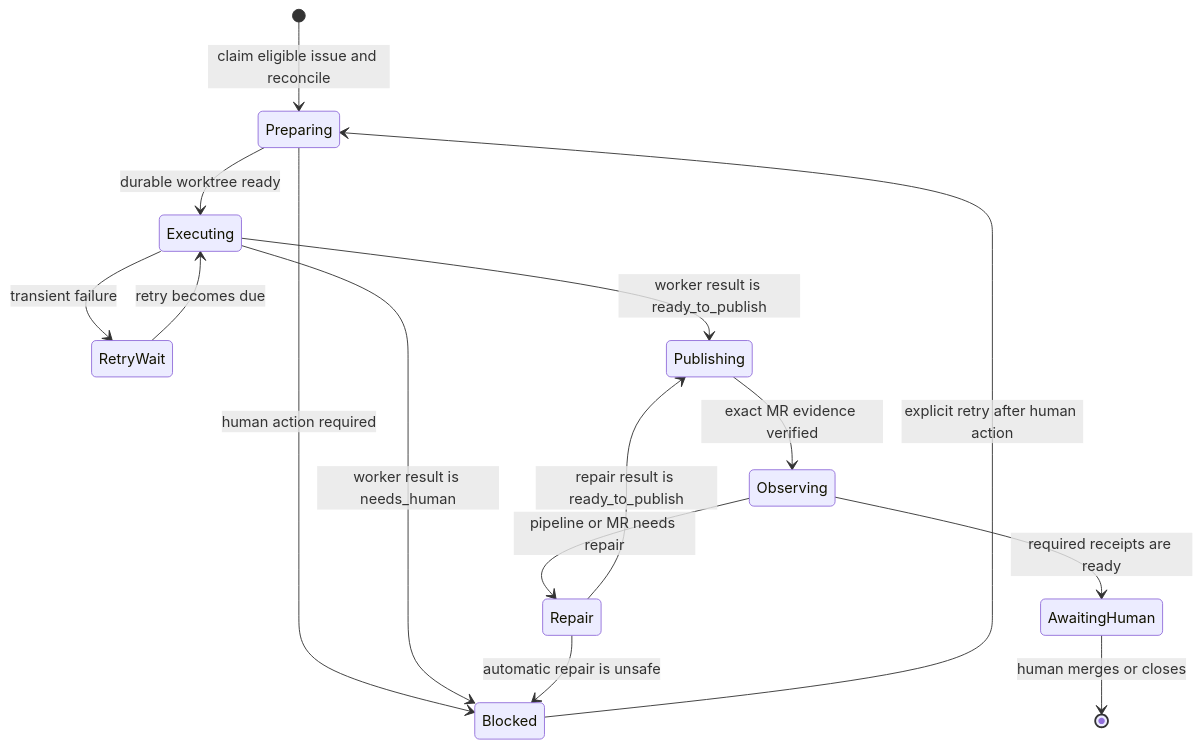
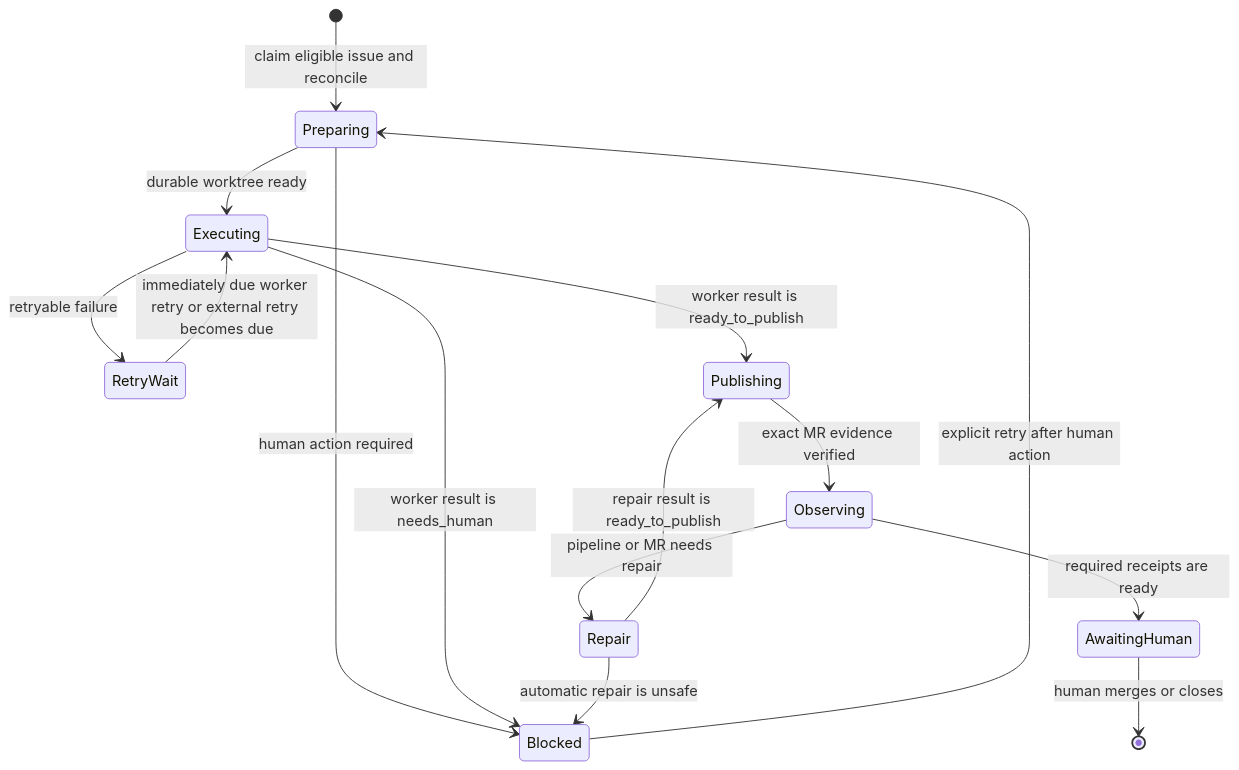
Before and after one commit to dfwguy/nvis-ova-agentic-copier: the diagram in docs/explanation/serial-agent-loop-recovery-design.md, drawn with Mermaid. The commit also changed other lines of this file and 16 other files, not shown here.

````diff
--- a/docs/explanation/serial-agent-loop-recovery-design.md
+++ b/docs/explanation/serial-agent-loop-recovery-design.md
@@ -94,17 +94,17 @@
 ```mermaid
 stateDiagram-v2
     [*] --> Preparing: claim eligible issue and reconcile
     Preparing --> Executing: durable worktree ready
-    Executing --> RetryWait: transient failure
-    RetryWait --> Executing: retry becomes due
+    Executing --> RetryWait: retryable failure
+    RetryWait --> Executing: immediately due worker retry or external retry becomes due
     Executing --> Publishing: worker result is ready_to_publish
     Publishing --> Observing: exact MR evidence verified
     Observing --> Repair: pipeline or MR needs repair
     Repair --> Publishing: repair result is ready_to_publish
     Observing --> AwaitingHuman: required receipts are ready
     Preparing --> Blocked: human action required
     Executing --> Blocked: worker result is needs_human
     Repair --> Blocked: automatic repair is unsafe
     Blocked --> Preparing: explicit retry after human action
     AwaitingHuman --> [*]: human merges or closes
 ```
````
